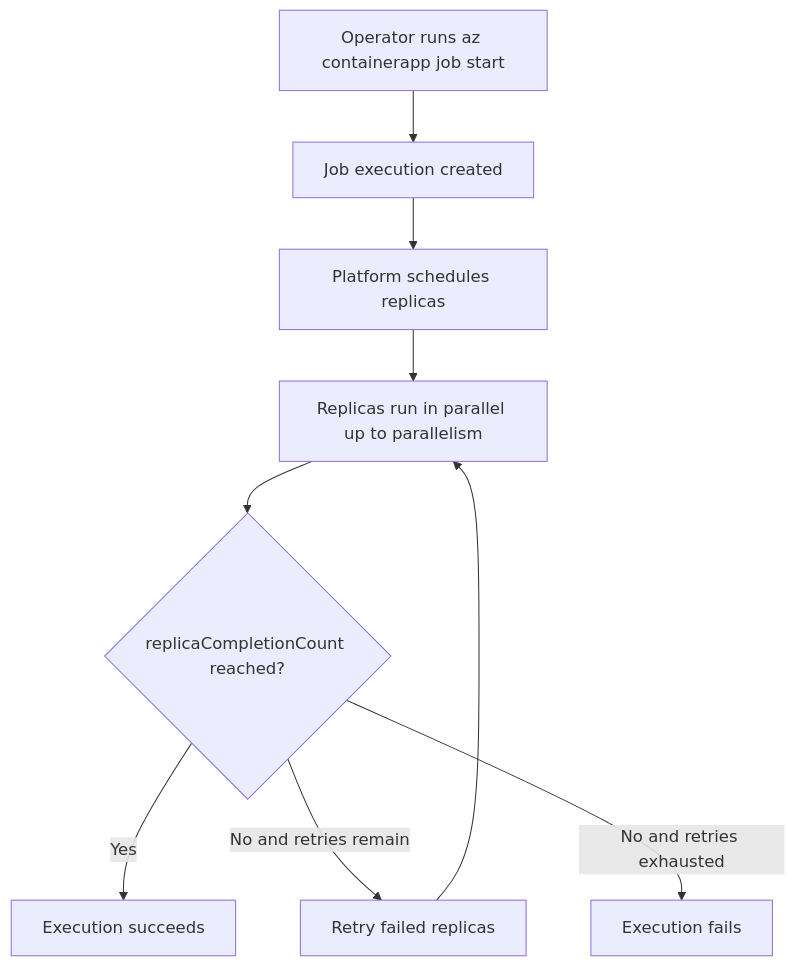
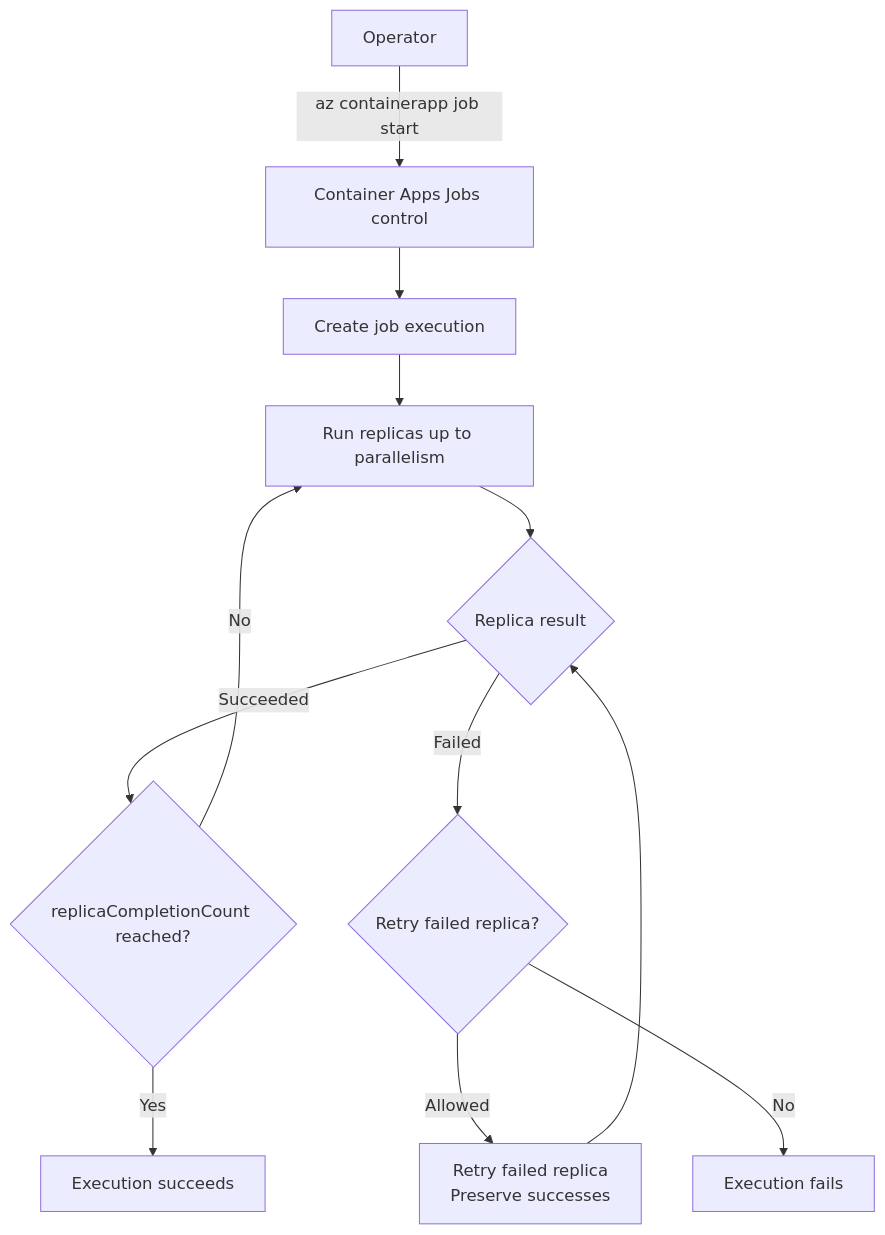
Before and after one commit to yeongseon/azure-container-apps-practical-guide: the diagram in docs/platform/jobs/manual-jobs.md, drawn with Mermaid. The commit also changed other lines of this file and 11 other files, not shown here.

Commit message:
docs(diagrams): migrate probe and jobs lifecycle diagrams (#613)

````diff
--- a/docs/platform/jobs/manual-jobs.md
+++ b/docs/platform/jobs/manual-jobs.md
@@ -116,11 +121,28 @@
 ```mermaid
 flowchart TD
-    A[Operator runs az containerapp job start] --> B[Job execution created]
-    B --> C[Platform schedules replicas]
-    C --> D[Replicas run in parallel up to parallelism]
-    D --> E{replicaCompletionCount reached?}
-    E -->|Yes| F[Execution succeeds]
-    E -->|No and retries remain| G[Retry failed replicas]
-    G --> D
-    E -->|No and retries exhausted| H[Execution fails]
+    accTitle: Manual job trigger to completion
+    accDescr: Shows an operator starting a saved manual job definition, the platform creating an execution, replicas running in parallel, and failed replicas being retried within timeout and retry limits.
+
+    OPERATOR[Operator]
+    CONTROL[Container Apps Jobs control]
+    EXEC[Create job execution]
+    REPLICAS[Run replicas up to parallelism]
+    RESULT{Replica result}
+    COUNT{replicaCompletionCount reached?}
+    SUCCESS[Execution succeeds]
+    RETRY{Retry failed replica?}
+    RETRY_FAILED[Retry failed replica<br/>Preserve successes]
+    FAIL[Execution fails]
+
+    OPERATOR -->|az containerapp job start| CONTROL
+    CONTROL --> EXEC
+    EXEC --> REPLICAS
+    REPLICAS --> RESULT
+    RESULT -->|Succeeded| COUNT
+    COUNT -->|Yes| SUCCESS
+    COUNT -->|No| REPLICAS
+    RESULT -->|Failed| RETRY
+    RETRY -->|Allowed| RETRY_FAILED
+    RETRY_FAILED --> RESULT
+    RETRY -->|No| FAIL
 ```
````
